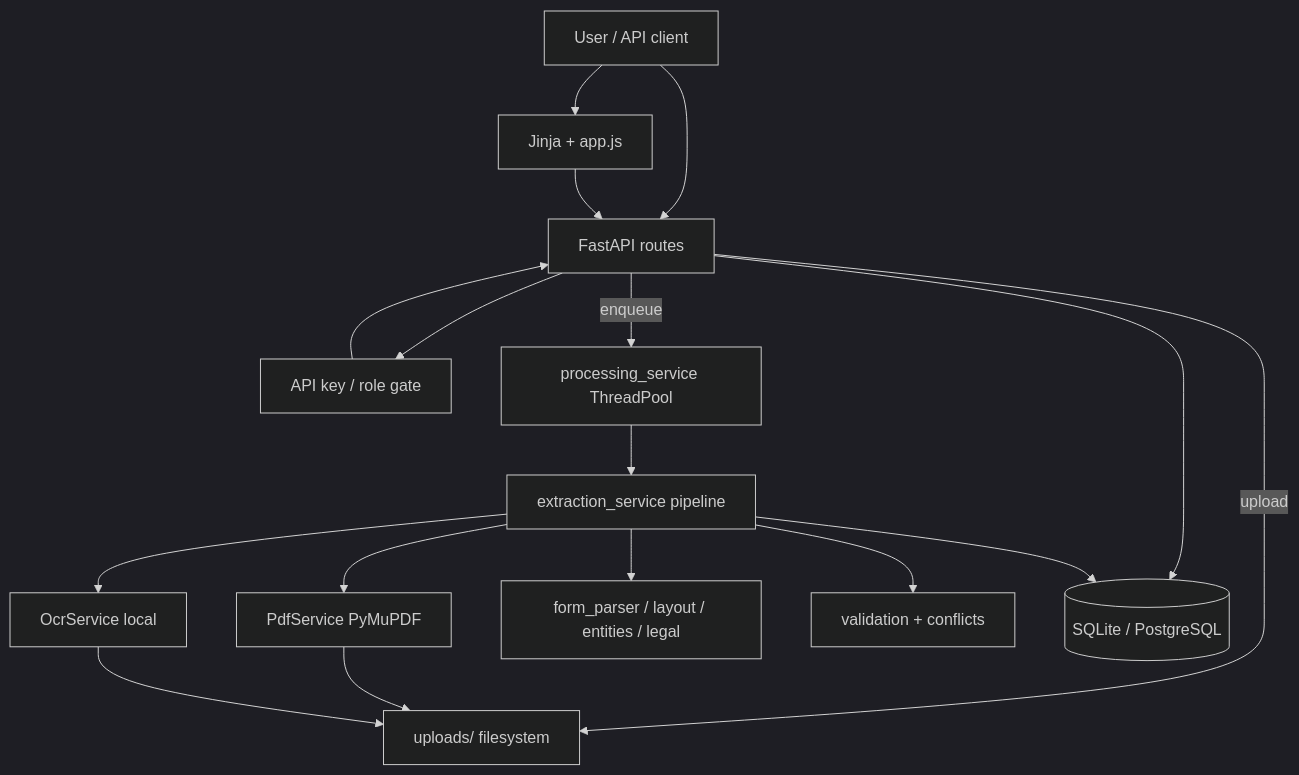
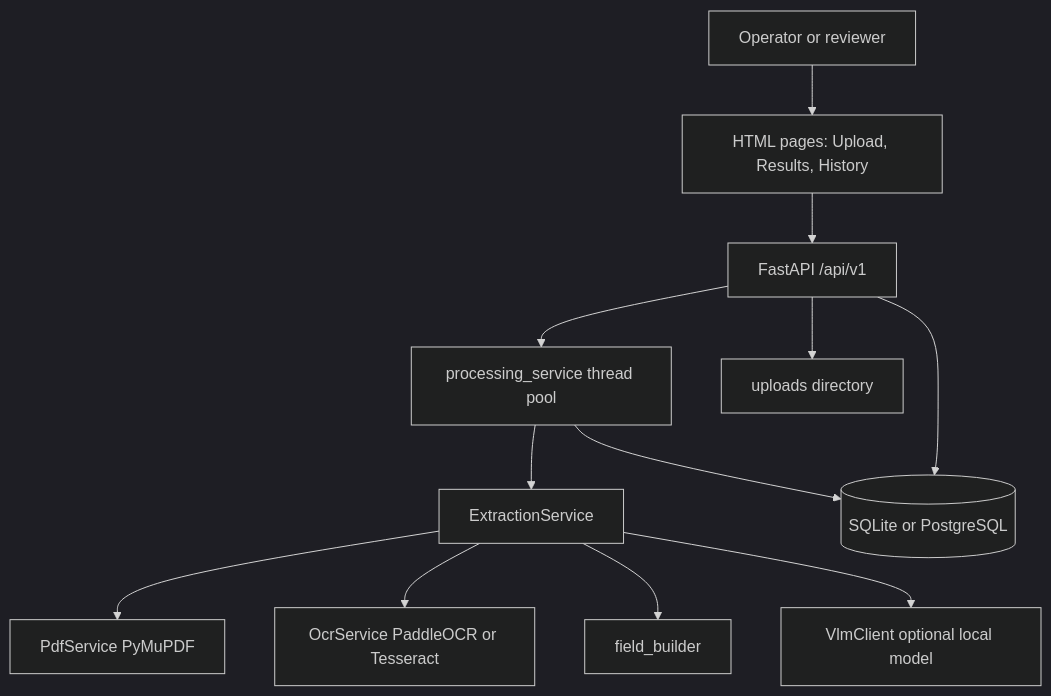
Before and after one commit to BCSS-Nandeep/CHARGE_SHEET_OCR: the first of 3 diagrams in CHARGE_SHEET_OCR-application-analysis.md, drawn with Mermaid (dark theme). The commit also changed other lines of this file and 3 other files, not shown here.

````diff
--- a/CHARGE_SHEET_OCR-application-analysis.md
+++ b/CHARGE_SHEET_OCR-application-analysis.md
@@ -85,32 +125,26 @@
 ```mermaid
 flowchart TD
-    USER[User / API client]
-    UI[Jinja + app.js]
-    API[FastAPI routes]
-    AUTH[API key / role gate]
-    PROC[processing_service ThreadPool]
-    EXT[extraction_service pipeline]
+    USER[Operator or reviewer]
+    UI[HTML pages: Upload, Results, History]
+    API[FastAPI /api/v1]
+    PROC[processing_service thread pool]
+    EXT[ExtractionService]
     PDF[PdfService PyMuPDF]
-    OCR[OcrService local]
-    PARSE[form_parser / layout / entities / legal]
-    VAL[validation + conflicts]
-    DB[(SQLite / PostgreSQL)]
-    FS[uploads/ filesystem]
+    OCR[OcrService PaddleOCR or Tesseract]
+    FIELDS[field_builder]
+    VLM[VlmClient optional local model]
+    DB[(SQLite or PostgreSQL)]
+    FILES[uploads directory]
 
     USER --> UI
-    USER --> API
     UI --> API
-    API --> AUTH
-    AUTH --> API
-    API -->|upload| FS
+    API --> FILES
     API --> DB
-    API -->|enqueue| PROC
+    API --> PROC
     PROC --> EXT
     EXT --> PDF
     EXT --> OCR
-    EXT --> PARSE
-    EXT --> VAL
-    EXT --> DB
-    PDF --> FS
-    OCR --> FS
+    EXT --> FIELDS
+    EXT --> VLM
+    PROC --> DB
 ```
````
